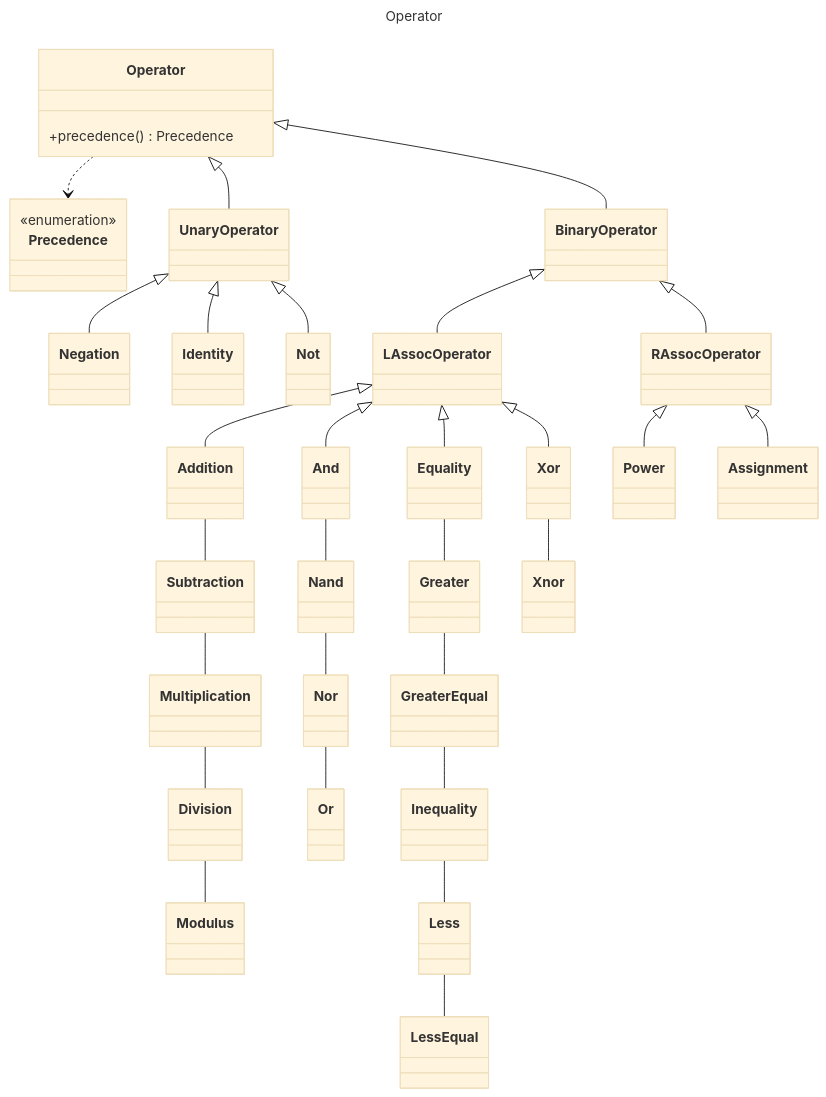
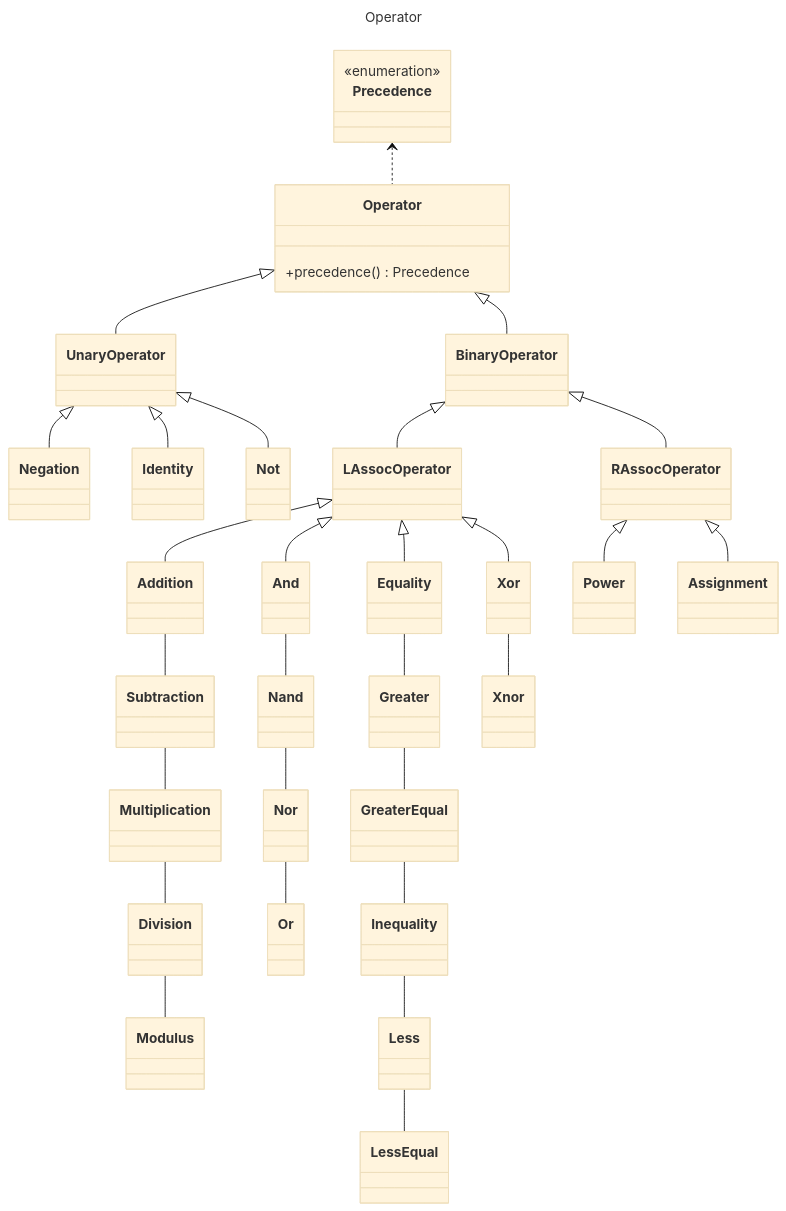
Before and after one commit to khangvum/exprevaluator: the diagram in !docs/Operator.md, drawn with Mermaid (base theme). The commit also changed other lines of this file, not shown here.

Commit message:
Update Precedence enumeration

```diff
--- a/!docs/Operator.md
+++ b/!docs/Operator.md
@@ -129,7 +45,7 @@
     class Power
     class Assignment
 
-    Operator ..> Precedence
+    Precedence <.. Operator
 
     Operator <|-- UnaryOperator
     Operator <|-- BinaryOperator
```
